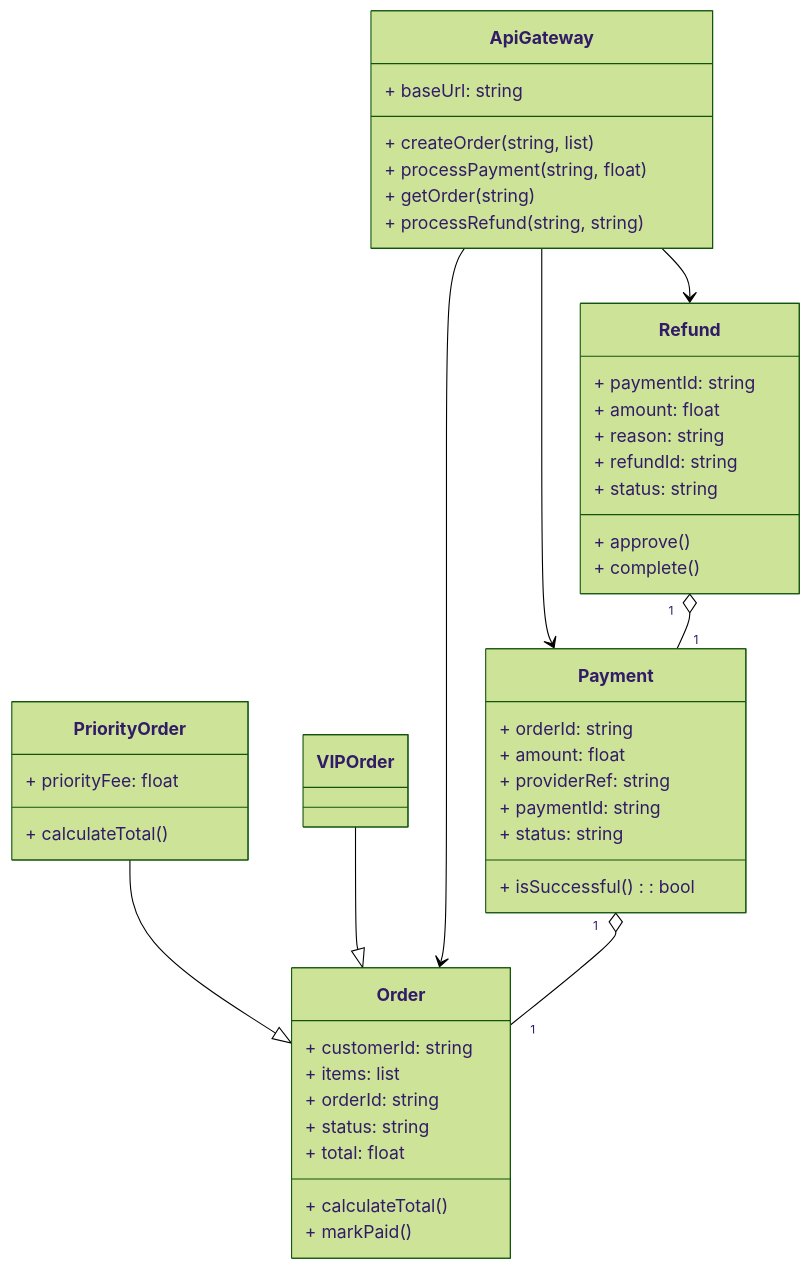
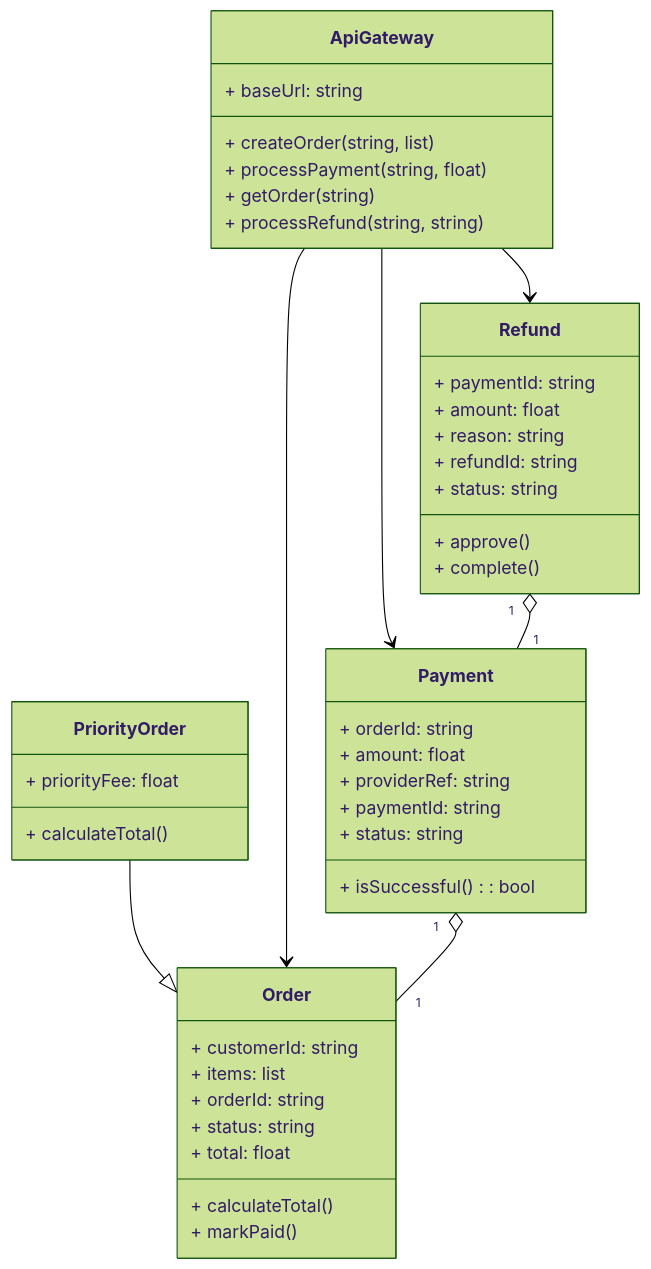
One commit to matzatezalo/local_arcbot_testing changed the diagram in docs/architecture/uml_domain_model.md. Above: the diagram before and after it, drawn with Mermaid (forest theme). The commit also changed other lines of this file, not shown here.

Commit message:
feat: Generated architecture diagrams

````diff
--- a/docs/architecture/uml_domain_model.md
+++ b/docs/architecture/uml_domain_model.md
@@ -9,50 +9,47 @@
 ```mermaid
 classDiagram
     class ApiGateway {
         + baseUrl: string
         + createOrder(string, list)
         + processPayment(string, float)
         + getOrder(string)
         + processRefund(string, string)
     }
     class Order {
         + customerId: string
         + items: list
         + orderId: string
         + status: string
         + total: float
         + calculateTotal()
         + markPaid()
     }
     class PriorityOrder {
         + priorityFee: float
         + calculateTotal()
     }
-    class VIPOrder {
-    }
     class Payment {
         + orderId: string
         + amount: float
         + providerRef: string
         + paymentId: string
         + status: string
         + isSuccessful(): bool
     }
     class Refund {
         + paymentId: string
         + amount: float
         + reason: string
         + refundId: string
         + status: string
         + approve()
         + complete()
     }
 
     PriorityOrder --|> Order
-    VIPOrder --|> Order
     ApiGateway --> Order
     ApiGateway --> Payment
     ApiGateway --> Refund
     Payment "1" o-- "1" Order
     Refund "1" o-- "1" Payment
 ```
````
